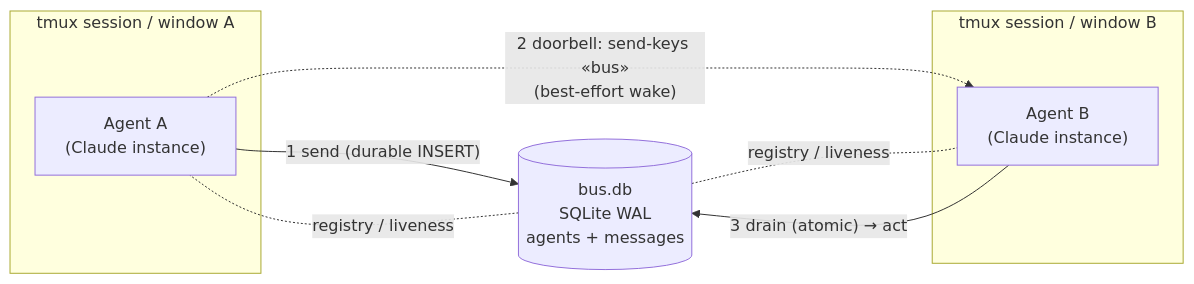
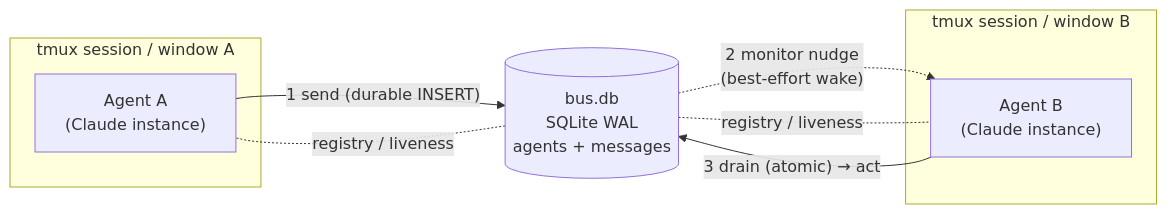
Before and after one commit to NikiforovAll/tmux-message-bus: the first of 2 diagrams in README.md, drawn with Mermaid. The commit also changed other lines of this file and 22 other files, not shown here.

````diff
--- a/README.md
+++ b/README.md
@@ -13,18 +13,18 @@
 ```mermaid
 flowchart LR
     subgraph hostA["tmux session / window A"]
         A["Agent A<br/>(Claude instance)"]
     end
     subgraph hostB["tmux session / window B"]
         B["Agent B<br/>(Claude instance)"]
     end
 
     DB[("bus.db<br/>SQLite WAL<br/>agents + messages")]
 
     A -- "1 send (durable INSERT)" --> DB
-    A -. "2 doorbell: send-keys «bus»<br/>(best-effort wake)" .-> B
+    DB -. "2 monitor nudge<br/>(best-effort wake)" .-> B
     B -- "3 drain (atomic) → act" --> DB
 
     DB -. registry / liveness .- A
     DB -. registry / liveness .- B
 ```
````
